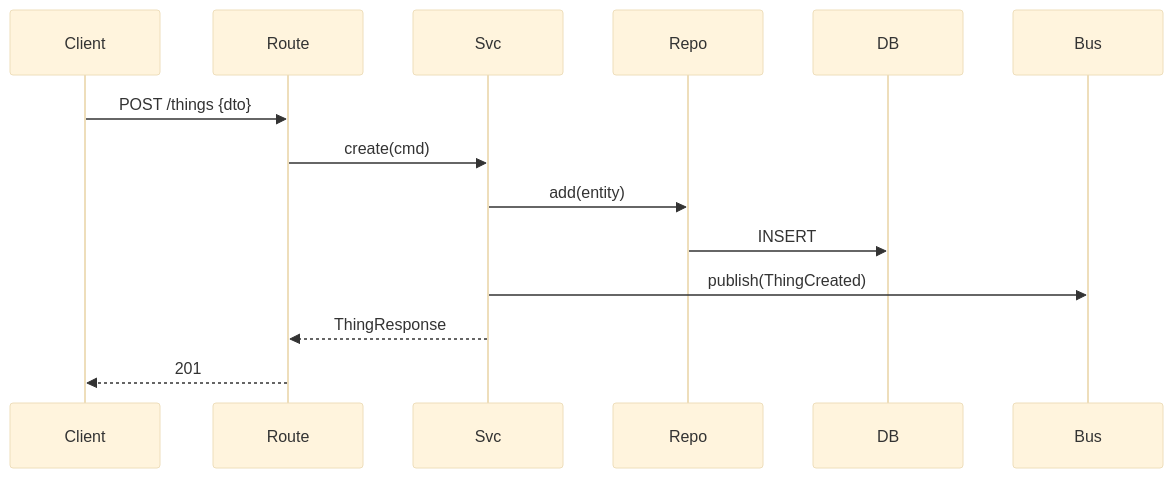
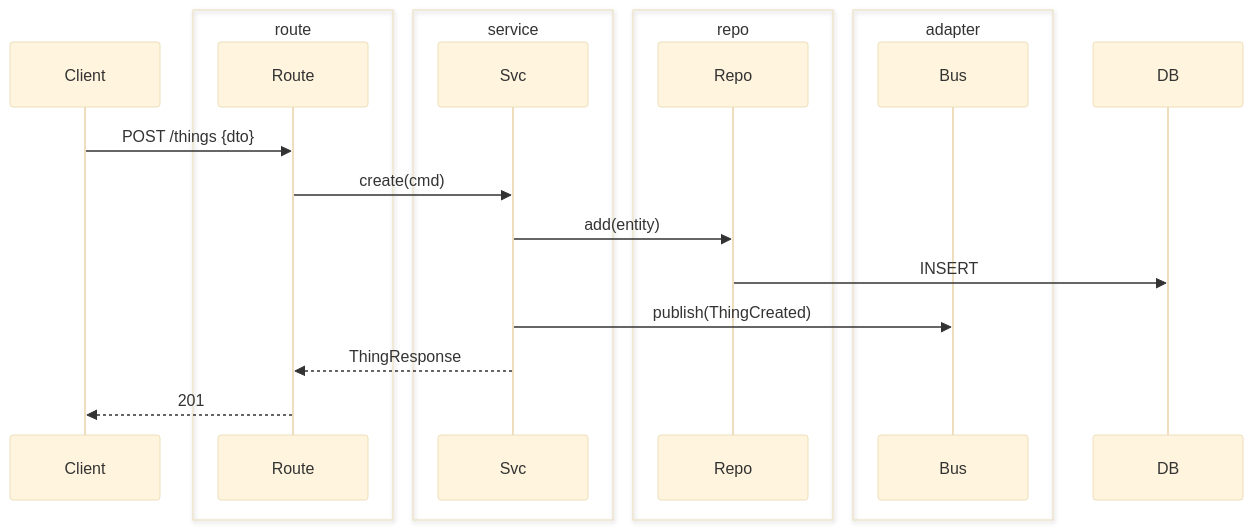
One commit to bmw99x/agent-setup changed the second of 2 diagrams in skills/graphify/SKILL.md. Above: the diagram before and after it, drawn with Mermaid (base theme). The commit also changed other lines of this file and 39 other files, not shown here.

````diff
--- a/skills/graphify/SKILL.md
+++ b/skills/graphify/SKILL.md
@@ -58,10 +70,24 @@
 ```mermaid
 sequenceDiagram
+  participant Client
+  box route
+    participant Route
+  end
+  box service
+    participant Svc
+  end
+  box repo
+    participant Repo
+  end
+  box adapter
+    participant Bus
+  end
+  participant DB
   Client->>Route: POST /things {dto}
   Route->>Svc: create(cmd)
   Svc->>Repo: add(entity)
   Repo->>DB: INSERT
   Svc->>Bus: publish(ThingCreated)
   Svc-->>Route: ThingResponse
   Route-->>Client: 201
 ```
````
